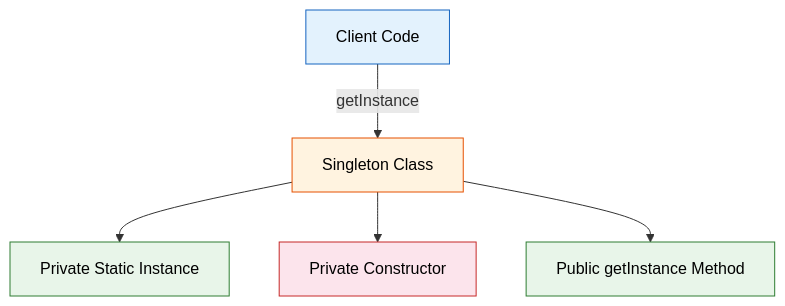
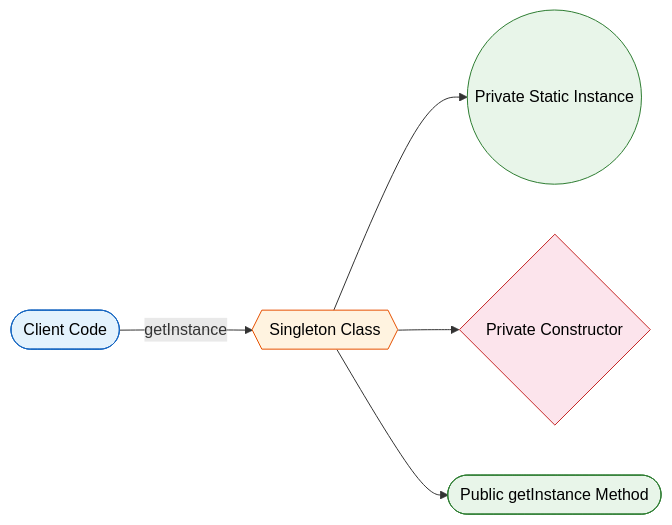
One commit to saivamsikaruturi/vamsilabs-dev-notes-main changed the second of 3 diagrams in docs/designpatterns/creationalDesignPatterns/singletondesignpattern.md. Above: the diagram before and after it, drawn with Mermaid. The commit also changed other lines of this file and 146 other files, not shown here.

Commit message:
Horizontal diagrams, UML class diagrams, typography overhaul, and permalink cleanup

````diff
--- a/docs/designpatterns/creationalDesignPatterns/singletondesignpattern.md
+++ b/docs/designpatterns/creationalDesignPatterns/singletondesignpattern.md
@@ -28,13 +28,13 @@
 ```mermaid
-flowchart TD
-    A[Client Code] -->|getInstance| B[Singleton Class]
-    B --> C[Private Static Instance]
-    B --> D[Private Constructor]
-    B --> E[Public getInstance Method]
+flowchart LR
+    A(["Client Code"]) -->|getInstance| B{{"Singleton Class"}}
+    B --> C(("Private Static Instance"))
+    B --> D{"Private Constructor"}
+    B --> E(["Public getInstance Method"])
     
     style A fill:#E3F2FD,stroke:#1565C0,color:#000
     style B fill:#FFF3E0,stroke:#E65100,color:#000
     style C fill:#E8F5E9,stroke:#2E7D32,color:#000
     style D fill:#FCE4EC,stroke:#C62828,color:#000
     style E fill:#E8F5E9,stroke:#2E7D32,color:#000
 ```
````
